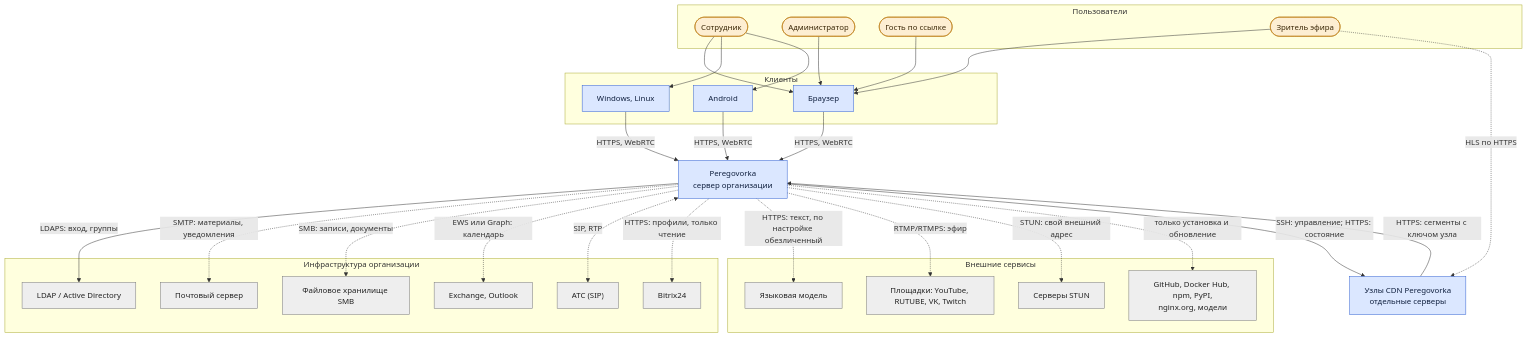
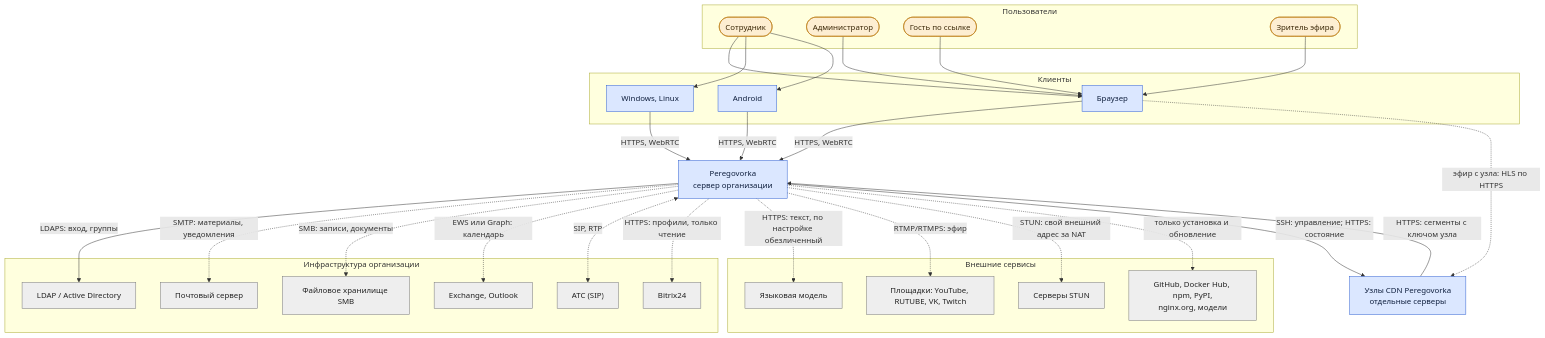
The first of 2 diagrams in wiki/Архитектура-Контекст-и-контейнеры.md (calleograph/peregovorka), drawn with Mermaid before and after one commit. The commit also changed other lines of this file and 322 other files, not shown here.

````diff
--- a/wiki/Архитектура-Контекст-и-контейнеры.md
+++ b/wiki/Архитектура-Контекст-и-контейнеры.md
@@ -11,51 +9,51 @@
 ```mermaid
 flowchart TB
   subgraph U["Пользователи"]
     EMP(["Сотрудник"]):::person
     ADM(["Администратор"]):::person
     GST(["Гость по ссылке"]):::person
     VW(["Зритель эфира"]):::person
   end
   subgraph C["Клиенты"]
     BR["Браузер"]:::own
     WIN["Windows, Linux"]:::own
     AND["Android"]:::own
   end
   PG["Peregovorka<br/>сервер организации"]:::own
   subgraph IN["Инфраструктура организации"]
     AD["LDAP / Active Directory"]:::ext
     SMTP["Почтовый сервер"]:::ext
     SMB["Файловое хранилище SMB"]:::ext
     EX["Exchange, Outlook"]:::ext
     PBX["АТС (SIP)"]:::ext
     BX["Bitrix24"]:::ext
   end
   subgraph OUT["Внешние сервисы"]
     LLM["Языковая модель"]:::ext
     RT["Площадки: YouTube, RUTUBE, VK, Twitch"]:::ext
     STUN["Серверы STUN"]:::ext
     SRC["GitHub, Docker Hub, npm, PyPI,<br/>nginx.org, модели"]:::ext
   end
   CDN["Узлы CDN Peregovorka<br/>отдельные серверы"]:::own
   EMP --> BR & WIN & AND
   ADM --> BR
   GST --> BR
   VW --> BR
   BR & WIN & AND -->|"HTTPS, WebRTC"| PG
-  VW -.->|"HLS по HTTPS"| CDN
+  BR -.->|"эфир с узла: HLS по HTTPS"| CDN
   PG -->|"LDAPS: вход, группы"| AD
   PG -.->|"SMTP: материалы, уведомления"| SMTP
   PG -.->|"SMB: записи, документы"| SMB
   PG -.->|"EWS или Graph: календарь"| EX
   PG <-.->|"SIP, RTP"| PBX
   PG -.->|"HTTPS: профили, только чтение"| BX
   PG -.->|"HTTPS: текст, по настройке обезличенный"| LLM
   PG -.->|"RTMP/RTMPS: эфир"| RT
-  PG -.->|"STUN: свой внешний адрес"| STUN
+  PG -.->|"STUN: свой внешний адрес за NAT"| STUN
   PG -.->|"только установка и обновление"| SRC
   PG -->|"SSH: управление; HTTPS: состояние"| CDN
   CDN -->|"HTTPS: сегменты с ключом узла"| PG
   classDef own fill:#dbe7ff,stroke:#2f5fd0,color:#10203f
   classDef ext fill:#eee,stroke:#777,color:#222
   classDef person fill:#fdeed2,stroke:#b9770e,color:#3a2606
 ```
````
